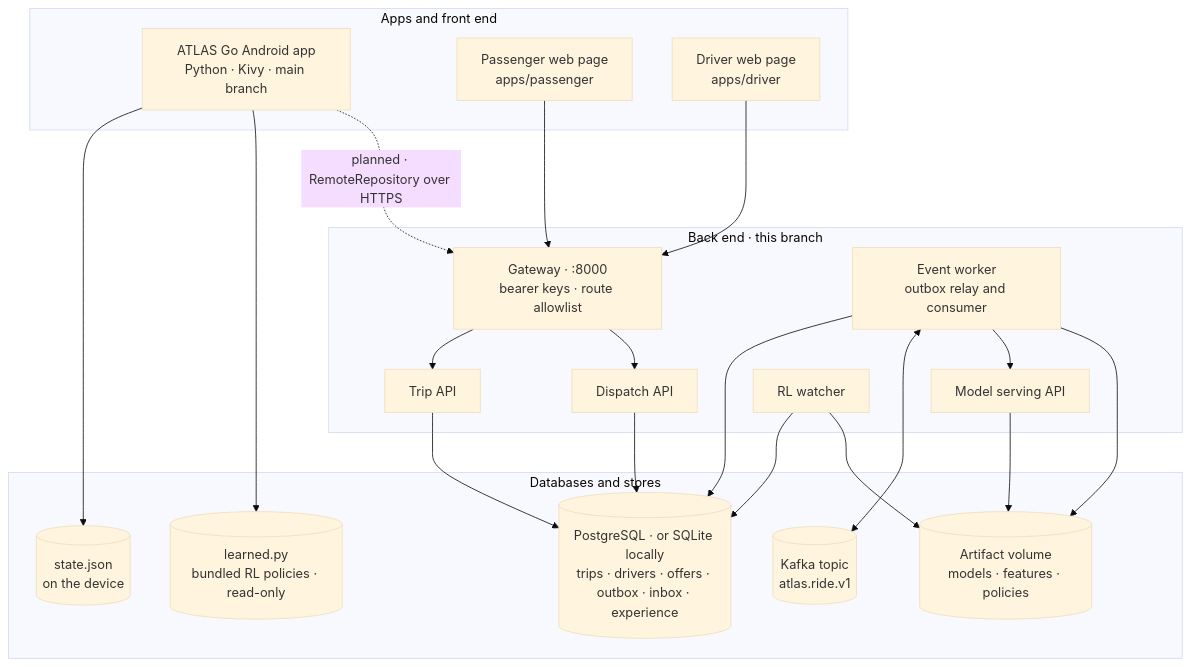
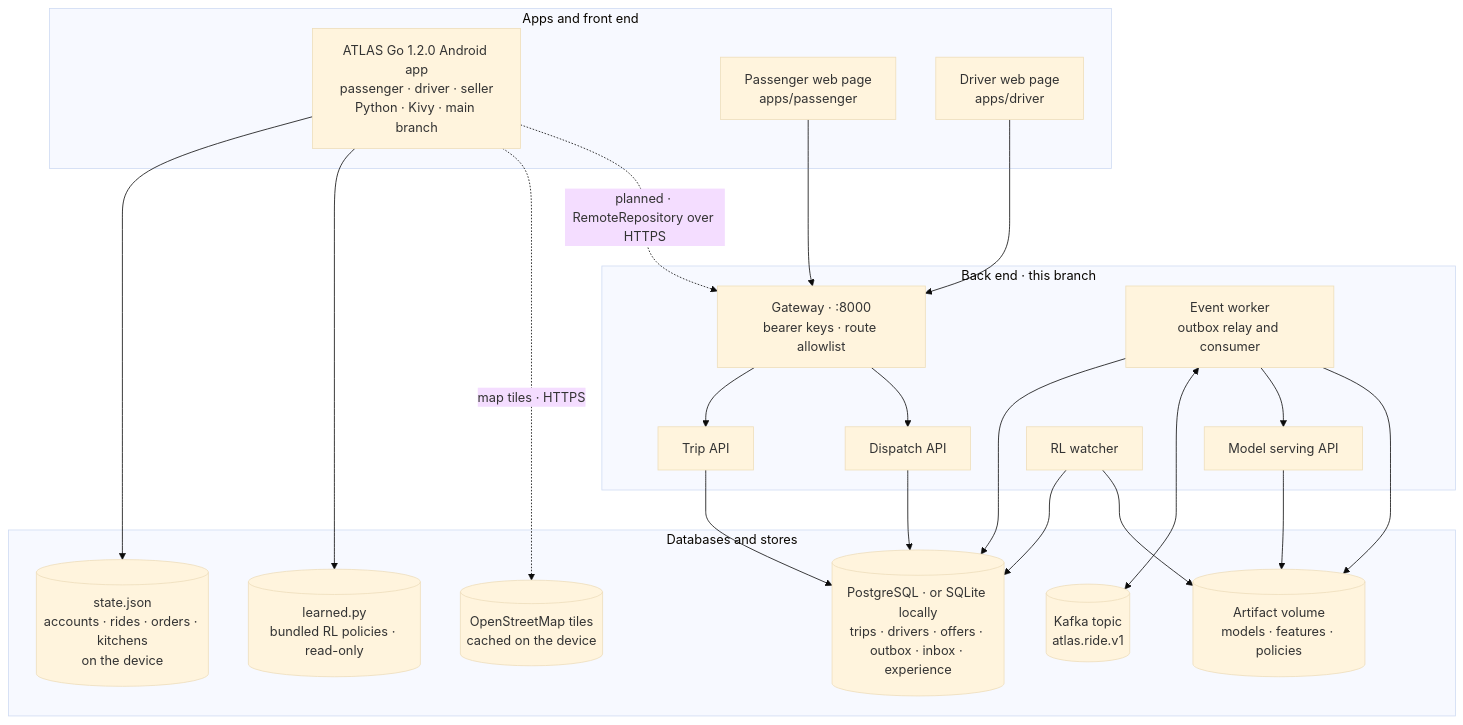
The first of 24 diagrams in architecture-explorer/starter/docs/UML_BLUEPRINT.md (FUllSCIPTS/ATLAS), drawn with Mermaid (base theme) before and after one commit. The commit also changed other lines of this file and 1 other file, not shown here.

Commit message:
UML blueprint: ATLAS Go 1.2.0 (accounts, live map, six on-device models)

````diff
--- a/architecture-explorer/starter/docs/UML_BLUEPRINT.md
+++ b/architecture-explorer/starter/docs/UML_BLUEPRINT.md
@@ -31,39 +31,41 @@
 ```mermaid
 flowchart TD
     subgraph Clients["Apps and front end"]
-        A["ATLAS Go Android app<br/>Python · Kivy · main branch"]
+        A["ATLAS Go 1.2.0 Android app<br/>passenger · driver · seller<br/>Python · Kivy · main branch"]
         W1["Passenger web page<br/>apps/passenger"]
         W2["Driver web page<br/>apps/driver"]
     end
     subgraph Backend["Back end · this branch"]
         G["Gateway · :8000<br/>bearer keys · route allowlist"]
         T["Trip API"]
         D["Dispatch API"]
         E["Event worker<br/>outbox relay and consumer"]
         M["Model serving API"]
         R["RL watcher"]
     end
     subgraph Data["Databases and stores"]
-        S[("state.json<br/>on the device")]
+        S[("state.json<br/>accounts · rides · orders · kitchens<br/>on the device")]
+        OSM[("OpenStreetMap tiles<br/>cached on the device")]
         LP[("learned.py<br/>bundled RL policies · read-only")]
         P[("PostgreSQL · or SQLite locally<br/>trips · drivers · offers · outbox · inbox · experience")]
         K[("Kafka topic<br/>atlas.ride.v1")]
         V[("Artifact volume<br/>models · features · policies")]
     end
     A --> S
     A --> LP
+    A -. "map tiles · HTTPS" .-> OSM
     A -. "planned · RemoteRepository over HTTPS" .-> G
     W1 --> G
     W2 --> G
     G --> T
     G --> D
     T --> P
     D --> P
     E --> P
     E <--> K
     E --> M
     M --> V
     E --> V
     R --> P
     R --> V
 ```
````
